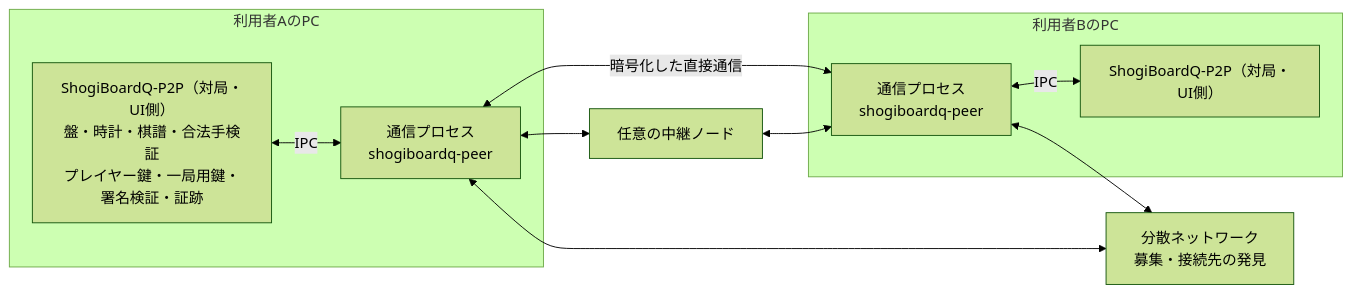
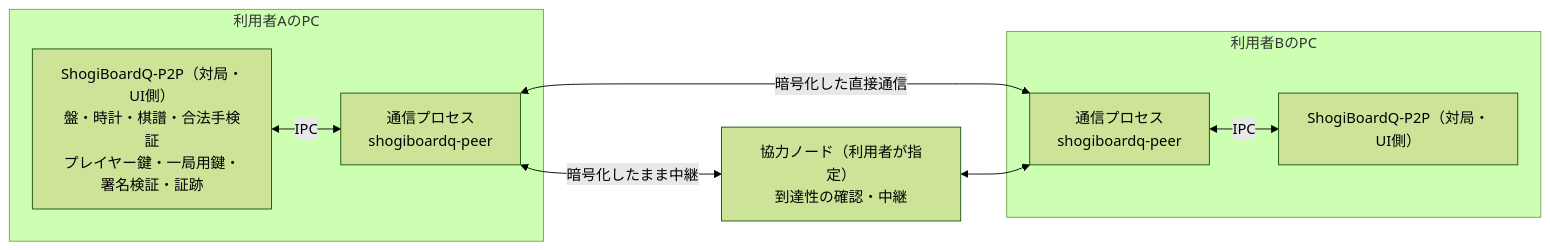
The first of 2 diagrams in docs/dev/p2p-game-spec.md (hnakada123/ShogiBoardQ), drawn with Mermaid (forest theme) before and after one commit. The commit also changed other lines of this file and 56 other files, not shown here.

````diff
--- a/docs/dev/p2p-game-spec.md
+++ b/docs/dev/p2p-game-spec.md
@@ -127,20 +145,17 @@
 ```mermaid
 flowchart LR
     subgraph PCA["利用者AのPC"]
         QA["ShogiBoardQ-P2P（対局・UI側）<br/>盤・時計・棋譜・合法手検証<br/>プレイヤー鍵・一局用鍵・署名検証・証跡"]
         PA["通信プロセス<br/>shogiboardq-peer"]
         QA <-->|IPC| PA
     end
     subgraph PCB["利用者BのPC"]
         PB["通信プロセス<br/>shogiboardq-peer"]
         QB["ShogiBoardQ-P2P（対局・UI側）"]
         PB <-->|IPC| QB
     end
-    D["分散ネットワーク<br/>募集・接続先の発見"]
-    R["任意の中継ノード"]
+    R["協力ノード（利用者が指定）<br/>到達性の確認・中継"]
     PA <-->|暗号化した直接通信| PB
-    PA <--> D
-    PB <--> D
-    PA <--> R
+    PA <-->|暗号化したまま中継| R
     R <--> PB
 ```
````
